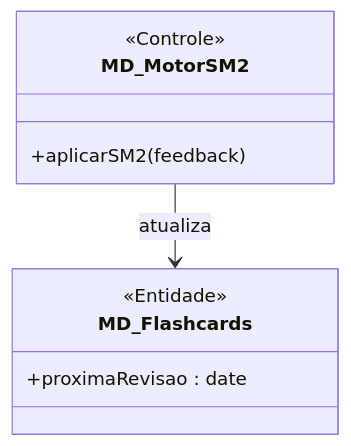
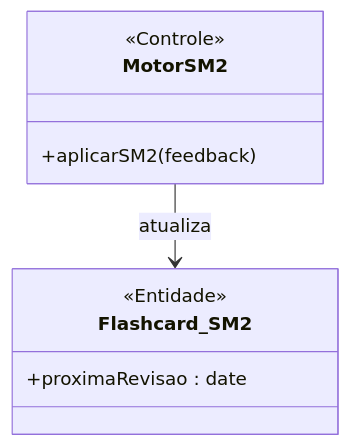
One commit to MayconDIS/PIM_III-Documentacao_UML changed the first of 2 diagrams in PIM_III/02_Modelagem_UML_Astah/UC09_Estudar_Flashcards/README.md. Above: the diagram before and after it, drawn with Mermaid. The commit also changed other lines of this file and 86 other files, not shown here.

Commit message:
docs(uml): add comprehensive UML diagrams and tutorials for all 15 use cases

````diff
--- a/PIM_III/02_Modelagem_UML_Astah/UC09_Estudar_Flashcards/README.md
+++ b/PIM_III/02_Modelagem_UML_Astah/UC09_Estudar_Flashcards/README.md
@@ -51,12 +51,12 @@
 ```mermaid
 classDiagram
-    class MD_MotorSM2 {
+    class MotorSM2 {
         <<Controle>>
         +aplicarSM2(feedback)
     }
-    class MD_Flashcards {
+    class Flashcard_SM2 {
         <<Entidade>>
         +proximaRevisao : date
     }
-    MD_MotorSM2 --> MD_Flashcards : atualiza
+    MotorSM2 --> Flashcard_SM2 : atualiza
 ```
````
